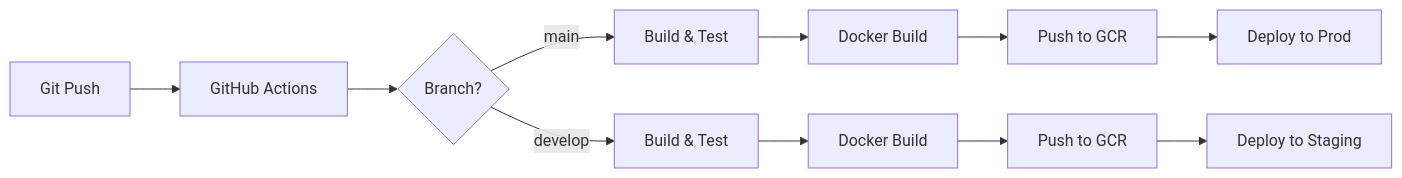
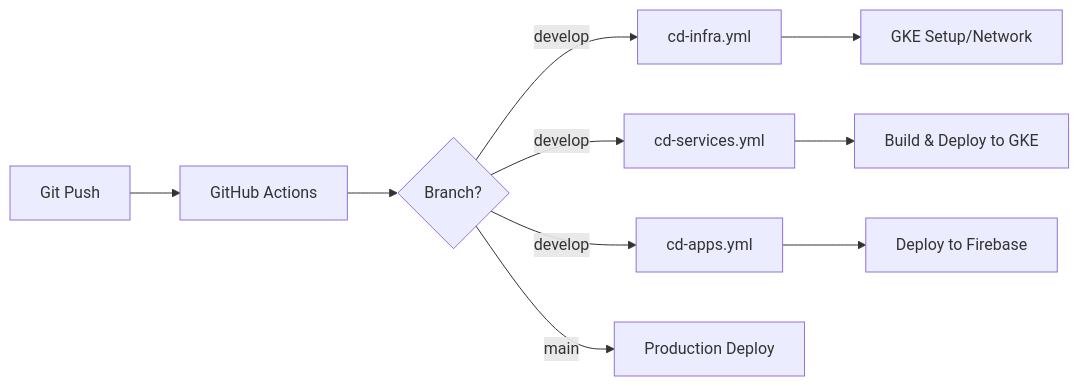
One commit to uniyous/parkgolf-platform changed the eighth of 8 diagrams in docs/ARCHITECTURE.md. Above: the diagram before and after it, drawn with Mermaid. The commit also changed other lines of this file and 2 other files, not shown here.

First line of the commit message:
docs: GKE Autopilot 환경으로 문서 업데이트

````diff
--- a/docs/ARCHITECTURE.md
+++ b/docs/ARCHITECTURE.md
@@ -929,13 +739,12 @@
 ```mermaid
 graph LR
     A[Git Push] --> B[GitHub Actions]
     B --> C{Branch?}
-    C -->|main| D[Build & Test]
-    C -->|develop| E[Build & Test]
-    D --> F[Docker Build]
-    E --> G[Docker Build]
-    F --> H[Push to GCR]
-    G --> I[Push to GCR]
-    H --> J[Deploy to Prod]
-    I --> K[Deploy to Staging]
+    C -->|develop| D[cd-infra.yml]
+    C -->|develop| E[cd-services.yml]
+    C -->|develop| F[cd-apps.yml]
+    D --> G[GKE Setup/Network]
+    E --> H[Build & Deploy to GKE]
+    F --> I[Deploy to Firebase]
+    C -->|main| J[Production Deploy]
 ```
````
